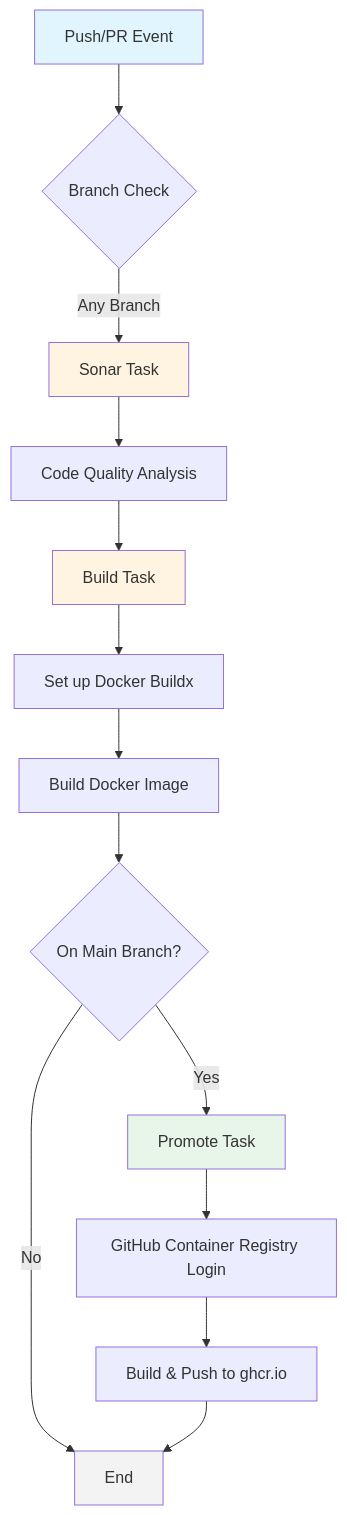
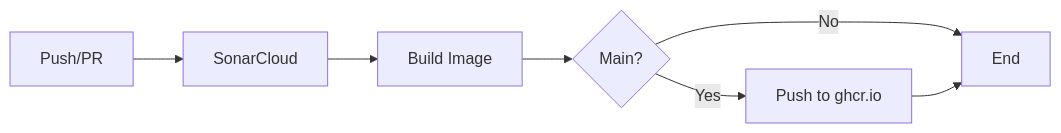
Before and after one commit to MathieuAudibert/local-ml-flow: the first of 3 diagrams in README.md, drawn with Mermaid. The commit also changed other lines of this file and 1 other file, not shown here.

````diff
--- a/README.md
+++ b/README.md
@@ -63,21 +65,9 @@
 ```mermaid
-graph TB;
-    A[Push/PR Event] --> B{Branch Check};
-    B -->|Any Branch| C[Sonar Task];
-    C --> D[Code Quality Analysis];
-    D --> E[Build Task];
-    E --> F[Set up Docker Buildx];
-    F --> G[Build Docker Image];
-    G --> H{On Main Branch?};
-    H -->|Yes| I[Promote Task];
-    H -->|No| Z[End];
-    I --> J[GitHub Container Registry Login];
-    J --> K[Build & Push to ghcr.io];
-    K --> Z[End];
-
-    style A fill:#e1f5ff;
-    style C fill:#fff4e1;
-    style E fill:#fff4e1;
-    style I fill:#e8f5e9;
-    style Z fill:#f3f3f3;
+graph LR;
+    A[Push/PR] --> B[SonarCloud];
+    B --> C[Build Image];
+    C --> D{Main?};
+    D -->|Yes| E[Push to ghcr.io];
+    D -->|No| F[End];
+    E --> F;
 ```
````
